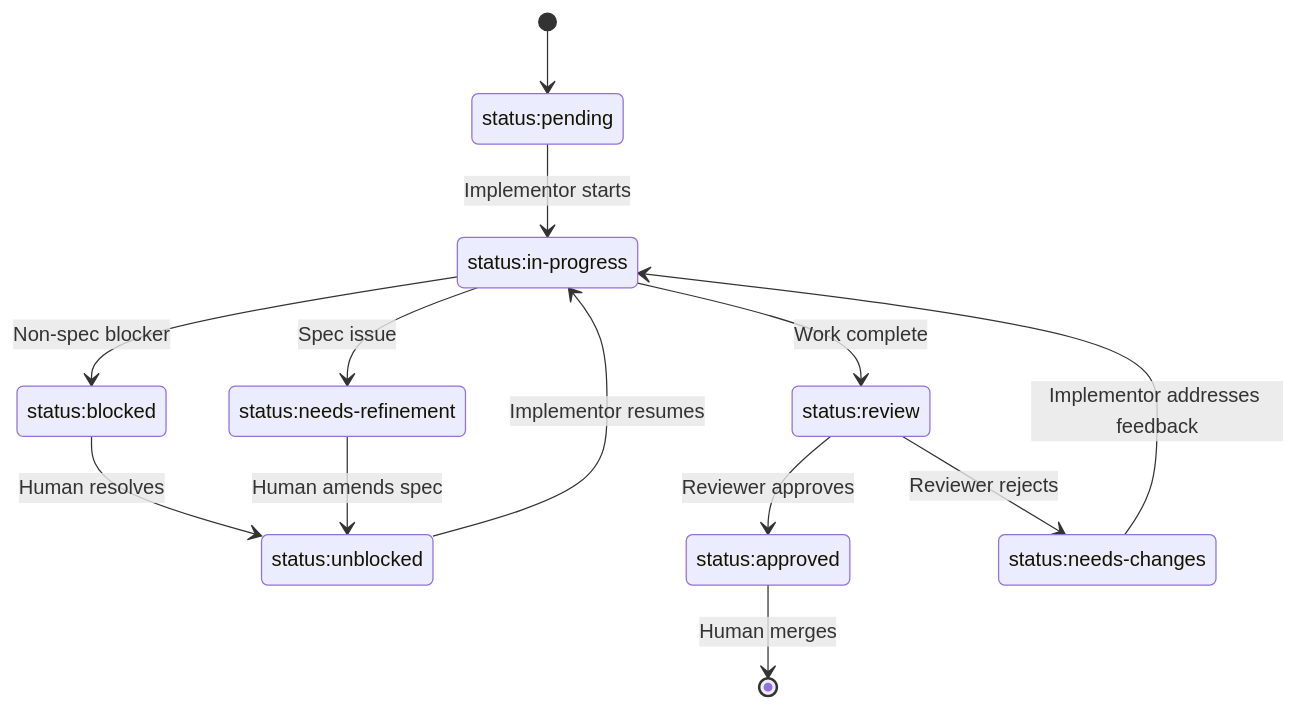
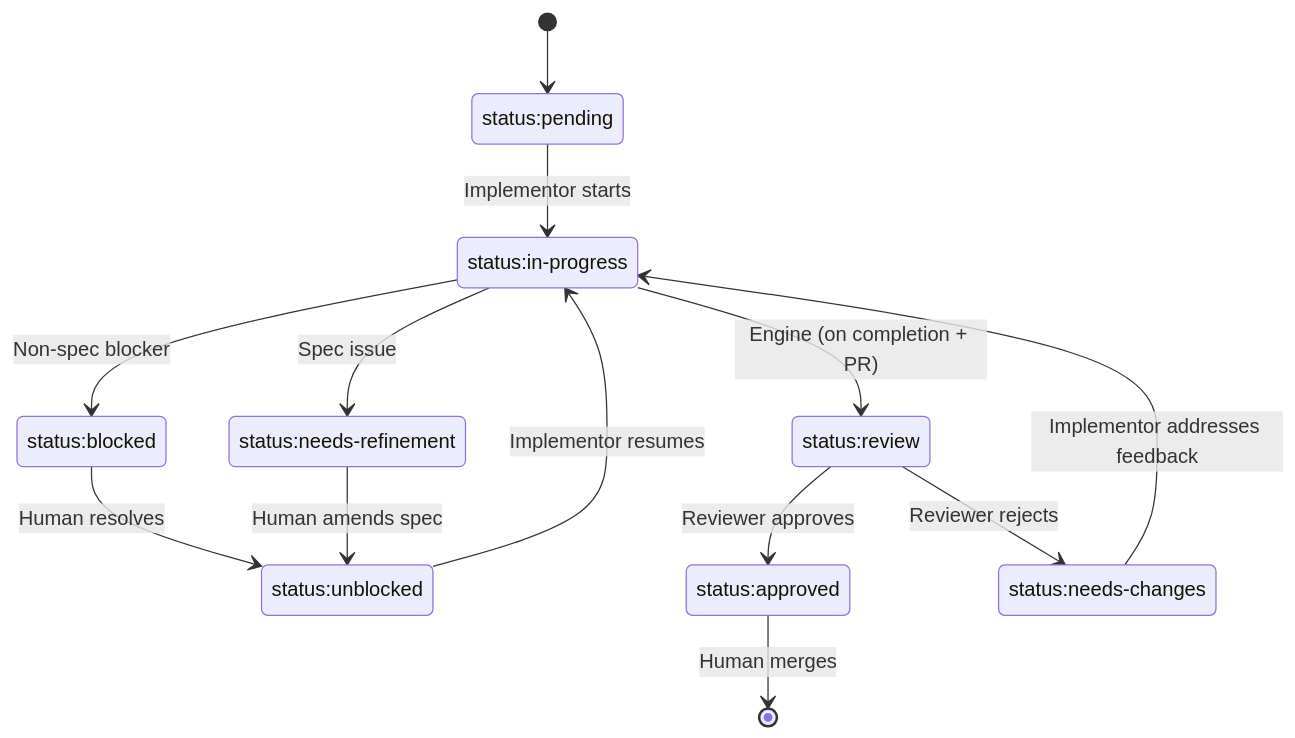
The third of 3 diagrams in docs/specs/workflow/workflow.md (zgeoff/sear), drawn with Mermaid before and after one commit. The commit also changed other lines of this file and 11 other files, not shown here.

First line of the commit message:
docs(workflow): completion-dispatch, engine-owned status:review, fresh worktrees per dispatch

````diff
--- a/docs/specs/workflow/workflow.md
+++ b/docs/specs/workflow/workflow.md
@@ -163,24 +163,24 @@
 ```mermaid
 stateDiagram-v2
     state "status:pending" as pending
     state "status:in-progress" as in_progress
     state "status:review" as review
     state "status:blocked" as blocked
     state "status:needs-refinement" as needs_refinement
     state "status:unblocked" as unblocked
     state "status:approved" as approved
     state "status:needs-changes" as needs_changes
 
     [*] --> pending
     pending --> in_progress : Implementor starts
-    in_progress --> review : Work complete
+    in_progress --> review : Engine (on completion + PR)
     in_progress --> blocked : Non-spec blocker
     in_progress --> needs_refinement : Spec issue
     blocked --> unblocked : Human resolves
     needs_refinement --> unblocked : Human amends spec
     unblocked --> in_progress : Implementor resumes
     review --> approved : Reviewer approves
     review --> needs_changes : Reviewer rejects
     needs_changes --> in_progress : Implementor addresses feedback
     approved --> [*] : Human merges
 ```
````
